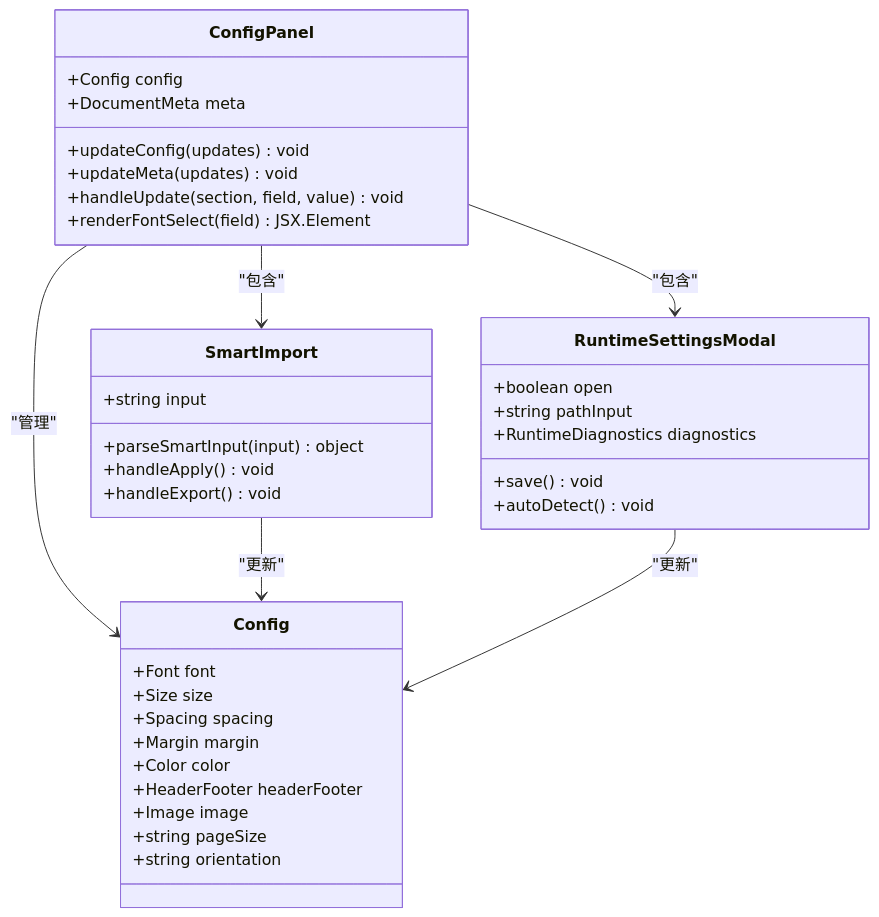
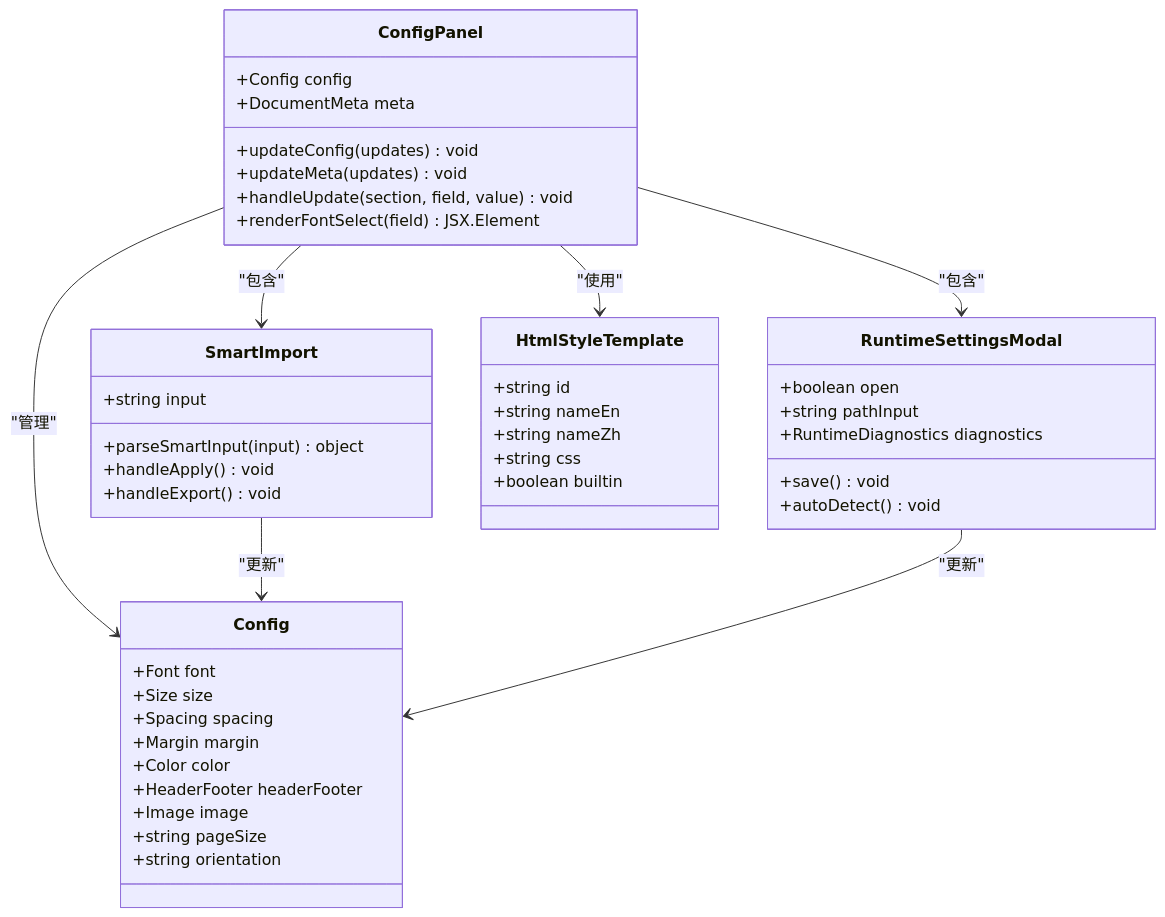
The seventh of 10 diagrams in .lingma/repowiki/zh/content/用户指南/前端界面现代化/前端状态管理增强.md (wanwushelie/markdown-to-word-studio), drawn with Mermaid before and after one commit. The commit also changed other lines of this file and 82 other files, not shown here.

````diff
--- a/.lingma/repowiki/zh/content/用户指南/前端界面现代化/前端状态管理增强.md
+++ b/.lingma/repowiki/zh/content/用户指南/前端界面现代化/前端状态管理增强.md
@@ -282,40 +332,48 @@
 ```mermaid
 classDiagram
 class ConfigPanel {
 +Config config
 +DocumentMeta meta
 +updateConfig(updates) void
 +updateMeta(updates) void
 +handleUpdate(section, field, value) void
 +renderFontSelect(field) JSX.Element
 }
 class Config {
 +Font font
 +Size size
 +Spacing spacing
 +Margin margin
 +Color color
 +HeaderFooter headerFooter
 +Image image
 +string pageSize
 +string orientation
 }
 class SmartImport {
 +string input
 +parseSmartInput(input) object
 +handleApply() void
 +handleExport() void
 }
 class RuntimeSettingsModal {
 +boolean open
 +string pathInput
 +RuntimeDiagnostics diagnostics
 +save() void
 +autoDetect() void
 }
+class HtmlStyleTemplate {
++string id
++string nameEn
++string nameZh
++string css
++boolean builtin
+}
 ConfigPanel --> Config : "管理"
 ConfigPanel --> SmartImport : "包含"
 ConfigPanel --> RuntimeSettingsModal : "包含"
+ConfigPanel --> HtmlStyleTemplate : "使用"
 SmartImport --> Config : "更新"
 RuntimeSettingsModal --> Config : "更新"
 ```
````
